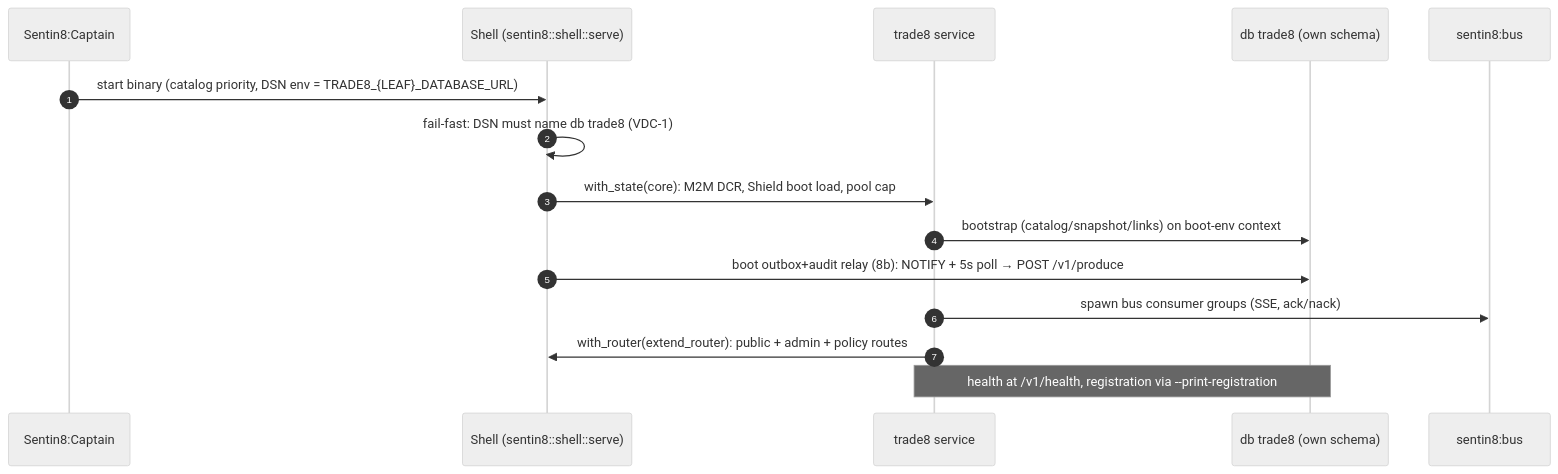
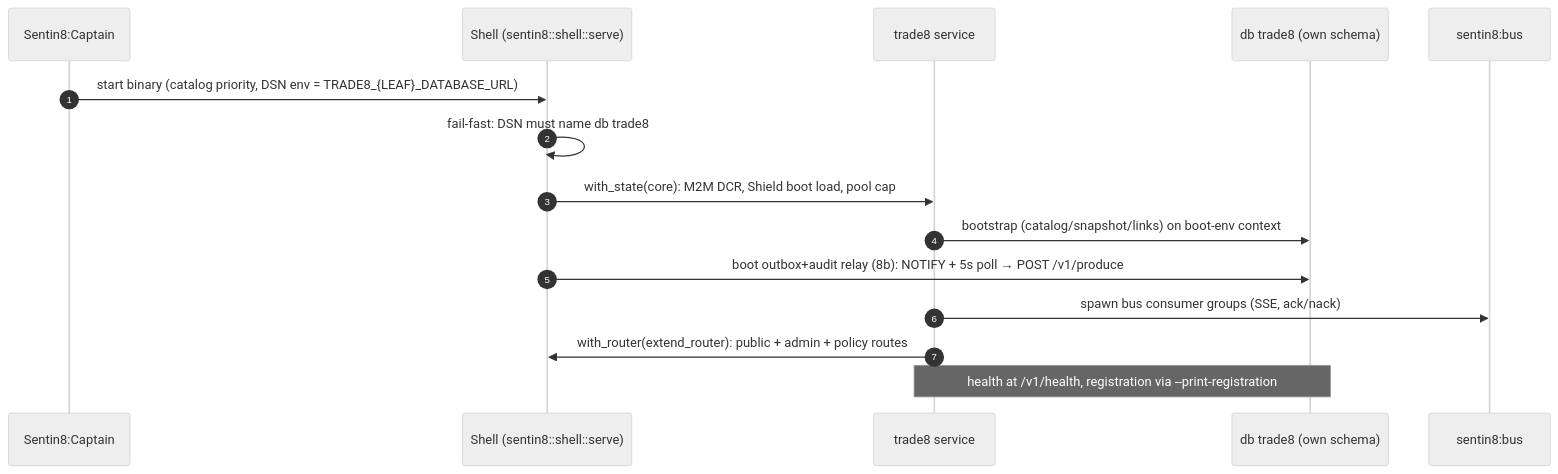
One commit to Trade8-dev/trade8 changed the fourth of 14 diagrams in DESIGN.md. Above: the diagram before and after it, drawn with Mermaid (neutral theme). The commit also changed other lines of this file and 3 other files, not shown here.

````diff
--- a/DESIGN.md
+++ b/DESIGN.md
@@ -139,17 +139,17 @@
 ```mermaid
 sequenceDiagram
     autonumber
     participant CAP as Sentin8:Captain
     participant SH as Shell (sentin8::shell::serve)
     participant SVC as trade8 service
     participant DB as db trade8 (own schema)
     participant BUS as sentin8:bus
     CAP->>SH: start binary (catalog priority, DSN env = TRADE8_{LEAF}_DATABASE_URL)
-    SH->>SH: fail-fast: DSN must name db trade8 (VDC-1)
+    SH->>SH: fail-fast: DSN must name db trade8
     SH->>SVC: with_state(core): M2M DCR, Shield boot load, pool cap
     SVC->>DB: bootstrap (catalog/snapshot/links) on boot-env context
     SH->>DB: boot outbox+audit relay (8b): NOTIFY + 5s poll → POST /v1/produce
     SVC->>BUS: spawn bus consumer groups (SSE, ack/nack)
     SVC->>SH: with_router(extend_router): public + admin + policy routes
     Note over SVC,DB: health at /v1/health, registration via --print-registration
 ```
````
